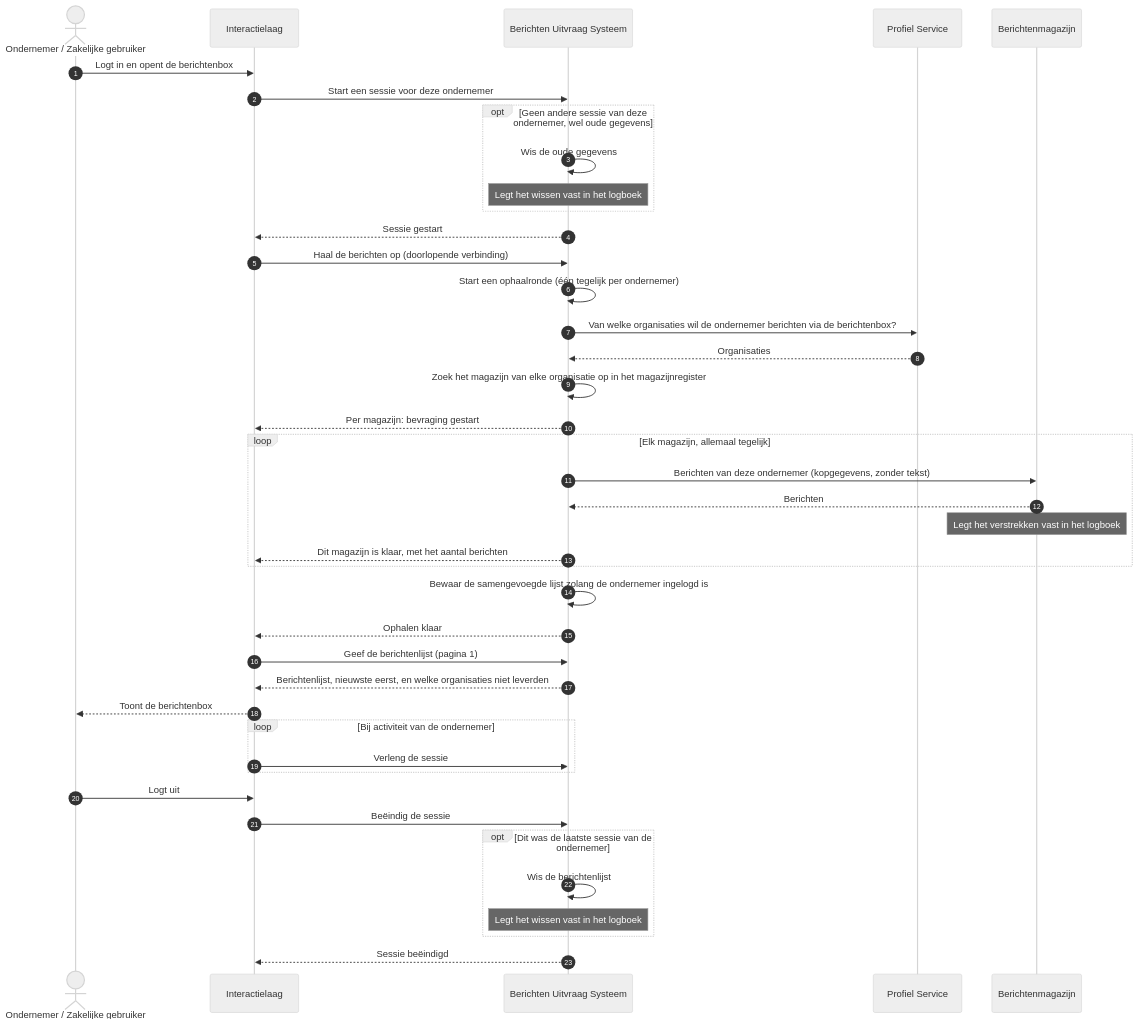
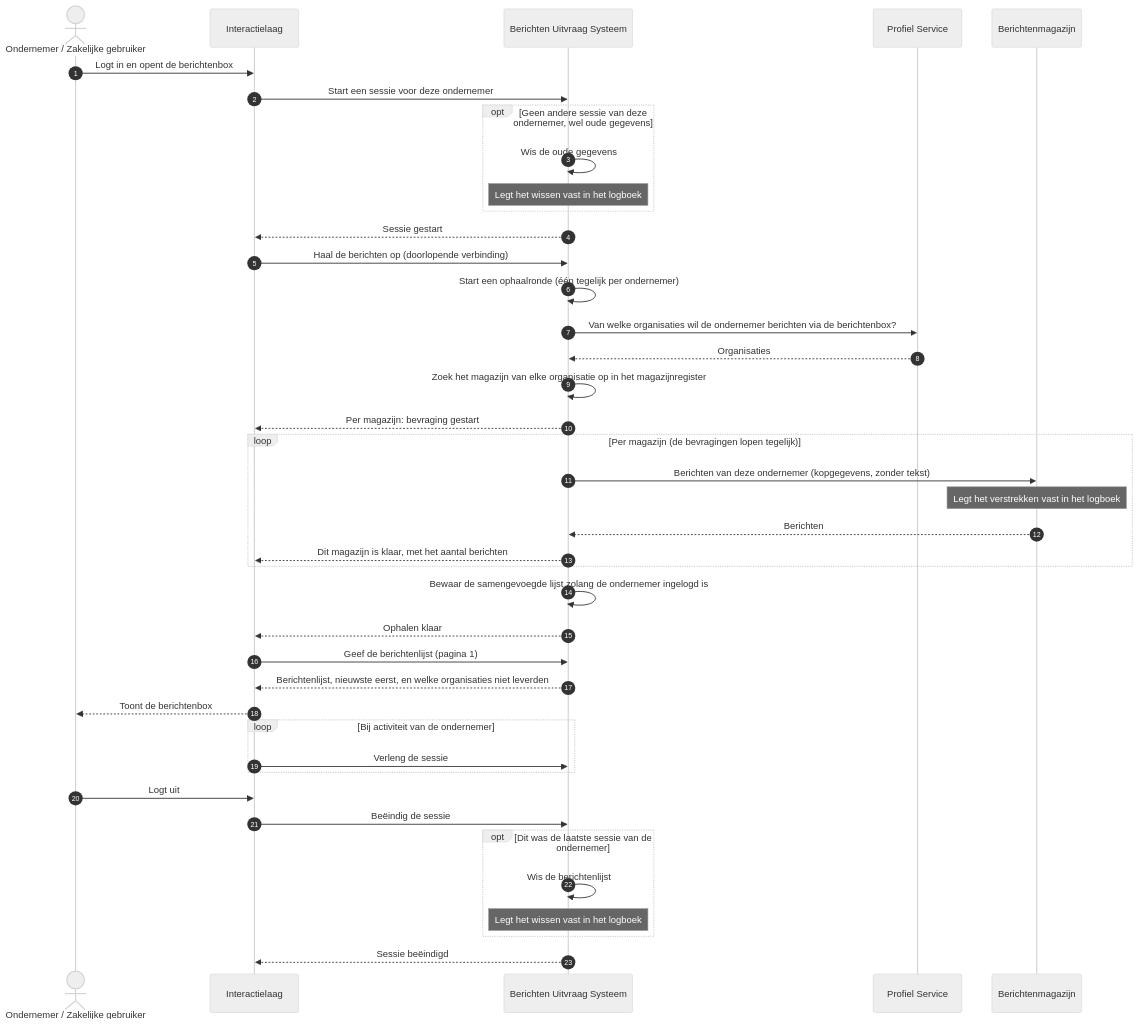
One commit to MinBZK/moza-poc-fbs-berichtenbox changed the diagram in docs/architecture/workspace-docs/06-uc2-berichtenbox-openen.md. Above: the diagram before and after it, drawn with Mermaid (neutral theme). The commit also changed 14 other files, not shown here.

````diff
--- a/docs/architecture/workspace-docs/06-uc2-berichtenbox-openen.md
+++ b/docs/architecture/workspace-docs/06-uc2-berichtenbox-openen.md
@@ -34,47 +34,47 @@
 ```mermaid
 sequenceDiagram
     autonumber
     actor OND as Ondernemer / Zakelijke gebruiker
     participant IL as Interactielaag
     participant FBS as Berichten Uitvraag Systeem
     participant PRO as Profiel Service
     participant MAG as Berichtenmagazijn
 
     OND->>IL: Logt in en opent de berichtenbox
     IL->>FBS: Start een sessie voor deze ondernemer
     opt Geen andere sessie van deze ondernemer, wel oude gegevens
         FBS->>FBS: Wis de oude gegevens
         Note over FBS: Legt het wissen vast in het logboek
     end
     FBS-->>IL: Sessie gestart
 
     IL->>FBS: Haal de berichten op (doorlopende verbinding)
     FBS->>FBS: Start een ophaalronde (één tegelijk per ondernemer)
     FBS->>PRO: Van welke organisaties wil de ondernemer berichten via de berichtenbox?
     PRO-->>FBS: Organisaties
     FBS->>FBS: Zoek het magazijn van elke organisatie op in het magazijnregister
     FBS-->>IL: Per magazijn: bevraging gestart
-    loop Elk magazijn, allemaal tegelijk
+    loop Per magazijn (de bevragingen lopen tegelijk)
         FBS->>MAG: Berichten van deze ondernemer (kopgegevens, zonder tekst)
+        Note over MAG: Legt het verstrekken vast in het logboek
         MAG-->>FBS: Berichten
-        Note over MAG: Legt het verstrekken vast in het logboek
         FBS-->>IL: Dit magazijn is klaar, met het aantal berichten
     end
     FBS->>FBS: Bewaar de samengevoegde lijst zolang de ondernemer ingelogd is
     FBS-->>IL: Ophalen klaar
 
     IL->>FBS: Geef de berichtenlijst (pagina 1)
     FBS-->>IL: Berichtenlijst, nieuwste eerst, en welke organisaties niet leverden
     IL-->>OND: Toont de berichtenbox
 
     loop Bij activiteit van de ondernemer
         IL->>FBS: Verleng de sessie
     end
     OND->>IL: Logt uit
     IL->>FBS: Beëindig de sessie
     opt Dit was de laatste sessie van de ondernemer
         FBS->>FBS: Wis de berichtenlijst
         Note over FBS: Legt het wissen vast in het logboek
     end
     FBS-->>IL: Sessie beëindigd
 ```
````
